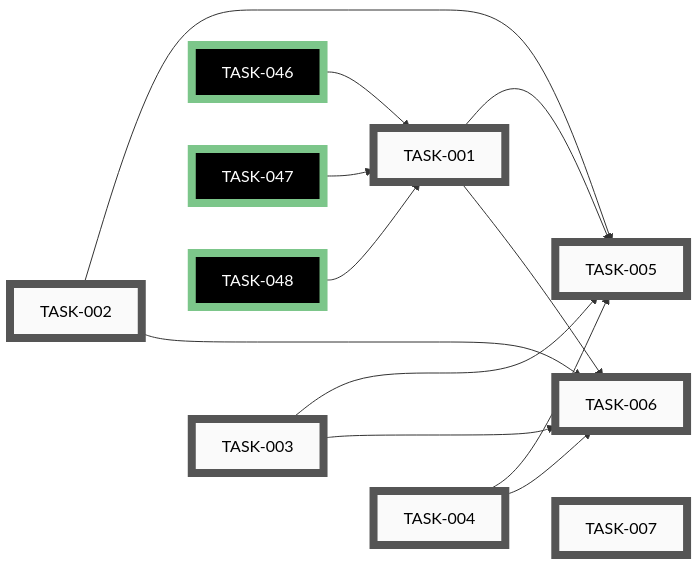
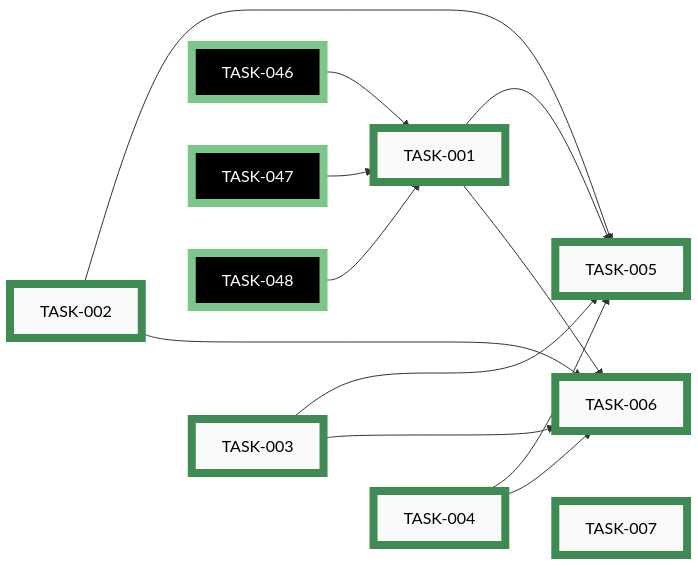
The first of 10 diagrams in docs/developers/tasks/EPICS.md (tgd1975/CircuitSmith), drawn with Mermaid before and after one commit. The commit also changed other lines of this file and 36 other files, not shown here.

````diff
--- a/docs/developers/tasks/EPICS.md
+++ b/docs/developers/tasks/EPICS.md
@@ -30,43 +30,43 @@
 ```mermaid
 graph LR
-    TASK_001["TASK-001"]:::open
-    TASK_002["TASK-002"]:::open
-    TASK_003["TASK-003"]:::open
-    TASK_004["TASK-004"]:::open
-    TASK_005["TASK-005"]:::open
-    TASK_006["TASK-006"]:::open
-    TASK_007["TASK-007"]:::open
+    TASK_001["TASK-001"]:::closed
+    TASK_002["TASK-002"]:::closed
+    TASK_003["TASK-003"]:::closed
+    TASK_004["TASK-004"]:::closed
+    TASK_005["TASK-005"]:::closed
+    TASK_006["TASK-006"]:::closed
+    TASK_007["TASK-007"]:::closed
     TASK_046["TASK-046"]:::closedExt
     TASK_047["TASK-047"]:::closedExt
     TASK_048["TASK-048"]:::closedExt
     TASK_046 --> TASK_001
     TASK_047 --> TASK_001
     TASK_048 --> TASK_001
     TASK_001 --> TASK_005
     TASK_002 --> TASK_005
     TASK_003 --> TASK_005
     TASK_004 --> TASK_005
     TASK_001 --> TASK_006
     TASK_002 --> TASK_006
     TASK_003 --> TASK_006
     TASK_004 --> TASK_006
     TASK_002 ~~~ TASK_003 ~~~ TASK_004 ~~~ TASK_007
-    click TASK_001 "open/task-001-extract-mcu-board-profiles.md"
-    click TASK_002 "open/task-002-write-passives-component-library.md"
-    click TASK_003 "open/task-003-write-connectors-component-library.md"
-    click TASK_004 "open/task-004-write-sensors-component-library.md"
-    click TASK_005 "open/task-005-write-circuit-json-schema.md"
-    click TASK_006 "open/task-006-refactor-generate-schematic-to-use-library.md"
-    click TASK_007 "open/task-007-skill-scaffold-license-changelog-docs.md"
+    click TASK_001 "closed/task-001-extract-mcu-board-profiles.md"
+    click TASK_002 "closed/task-002-write-passives-component-library.md"
+    click TASK_003 "closed/task-003-write-connectors-component-library.md"
+    click TASK_004 "closed/task-004-write-sensors-component-library.md"
+    click TASK_005 "closed/task-005-write-circuit-json-schema.md"
+    click TASK_006 "closed/task-006-refactor-generate-schematic-to-use-library.md"
+    click TASK_007 "closed/task-007-skill-scaffold-license-changelog-docs.md"
     click TASK_046 "closed/task-046-add-pyproject-and-dev-requirements.md"
     click TASK_047 "closed/task-047-configure-pytest.md"
     click TASK_048 "closed/task-048-add-minimal-ci-workflow.md"
     classDef open    fill:#FAFAFA,stroke:#555,stroke-width:8px,color:#000
     classDef active  fill:#FAFAFA,stroke:#1A6FA8,stroke-width:8px,color:#000
     classDef closed  fill:#FAFAFA,stroke:#3F8B53,stroke-width:8px,color:#000
     classDef paused  fill:#FAFAFA,stroke:#B07810,stroke-width:8px,color:#000
     classDef openExt    fill:#000,stroke:#888,stroke-width:8px,color:#FFF
     classDef activeExt  fill:#000,stroke:#3FA9F5,stroke-width:8px,color:#FFF
     classDef closedExt  fill:#000,stroke:#7CC68A,stroke-width:8px,color:#FFF
     classDef pausedExt  fill:#000,stroke:#F0B030,stroke-width:8px,color:#FFF
 ```
````
